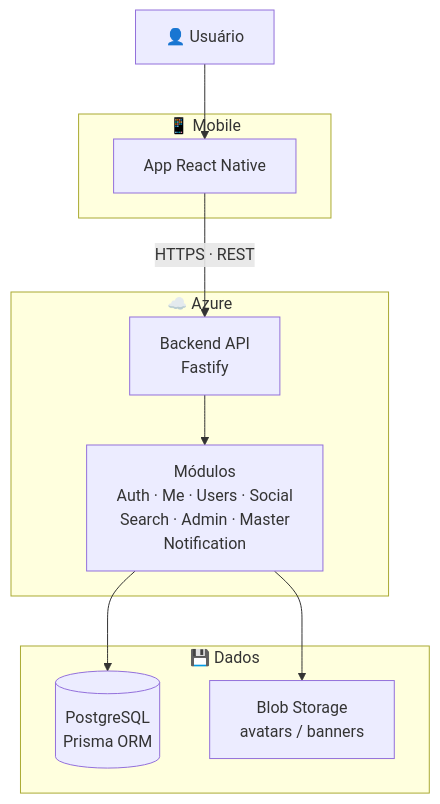
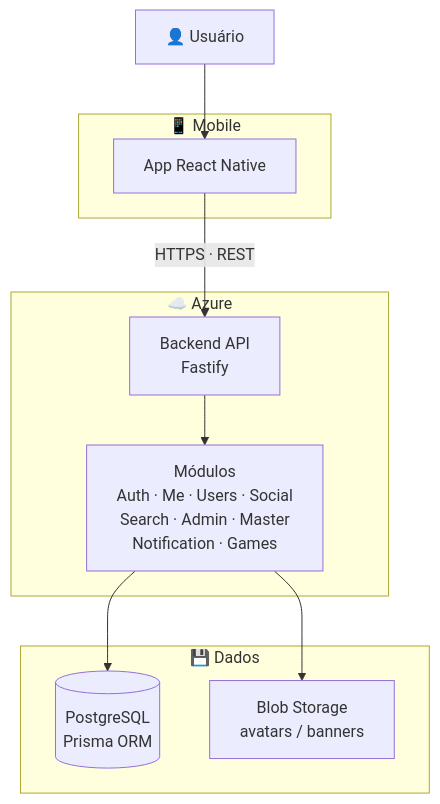
Before and after one commit to APP-Nexo/Nexo: the diagram in backend/README.md, drawn with Mermaid.

Commit message:
(updated) readme

````diff
--- a/backend/README.md
+++ b/backend/README.md
@@ -36,24 +36,24 @@
 ```mermaid
 graph TB
     USR["👤 Usuário"]
 
     subgraph "📱 Mobile"
         APP["App React Native"]
     end
 
     subgraph "☁️ Azure"
         API["Backend API<br>Fastify"]
-        MOD["Módulos<br>Auth · Me · Users · Social<br>Search · Admin · Master<br>Notification"]
+        MOD["Módulos<br>Auth · Me · Users · Social<br>Search · Admin · Master<br>Notification · Games"]
     end
 
     subgraph "💾 Dados"
         DB[("PostgreSQL<br>Prisma ORM")]
         ST["Blob Storage<br>avatars / banners"]
     end
 
     USR --> APP
     APP -->|"HTTPS · REST"| API
     API --> MOD
     MOD --> DB
     MOD --> ST
 ```
````
